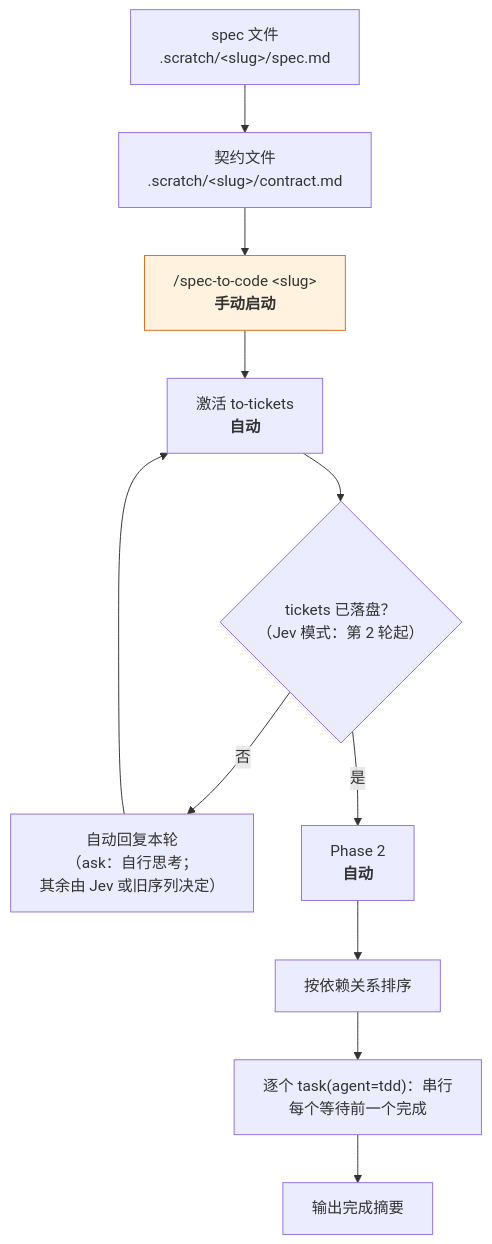
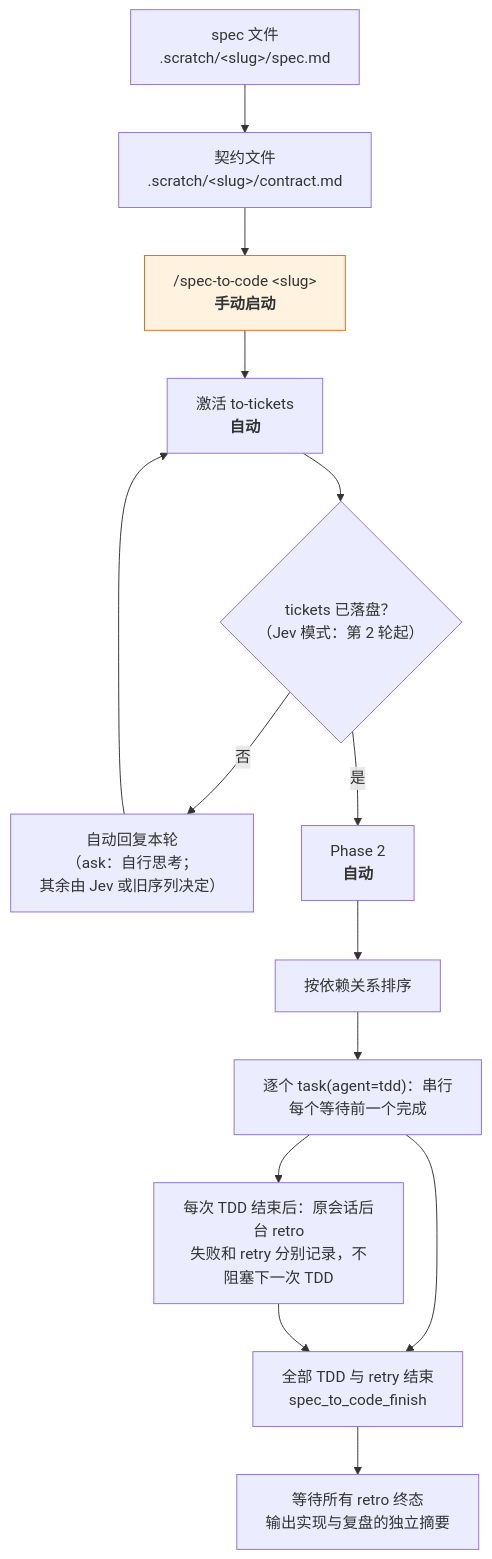
The second of 2 diagrams in README.cn.md (hugosol/oh-my-wayfinder), drawn with Mermaid before and after one commit. The commit also changed other lines of this file and 9 other files, not shown here.

````diff
--- a/README.cn.md
+++ b/README.cn.md
@@ -122,14 +122,17 @@
 ```mermaid
 flowchart TD
     P["spec 文件<br/>.scratch/&lt;slug&gt;/spec.md"] --> CT["契约文件<br/>.scratch/&lt;slug&gt;/contract.md"]
     CT --> C["/spec-to-code &lt;slug&gt;<br/><b>手动启动</b>"]
     C --> A["激活 to-tickets<br/><b>自动</b>"]
     A --> Q{"tickets 已落盘？<br/>（Jev 模式：第 2 轮起）"}
     Q -->|"否"| QA["自动回复本轮<br/>（ask：自行思考；<br/>其余由 Jev 或旧序列决定）"] --> A
     Q -->|"是"| P2["Phase 2<br/><b>自动</b>"]
     P2 --> ORD["按依赖关系排序"]
     ORD --> TD["逐个 task(agent=tdd)：串行<br/>每个等待前一个完成"]
-    TD --> DONE["输出完成摘要"]
+    TD --> RT["每次 TDD 结束后：原会话后台 retro<br/>失败和 retry 分别记录，不阻塞下一次 TDD"]
+    TD --> FIN["全部 TDD 与 retry 结束<br/>spec_to_code_finish"]
+    RT --> FIN
+    FIN --> DONE["等待所有 retro 终态<br/>输出实现与复盘的独立摘要"]
 
     style C fill:#fff3e0,stroke:#dd6b20
 ```
````
